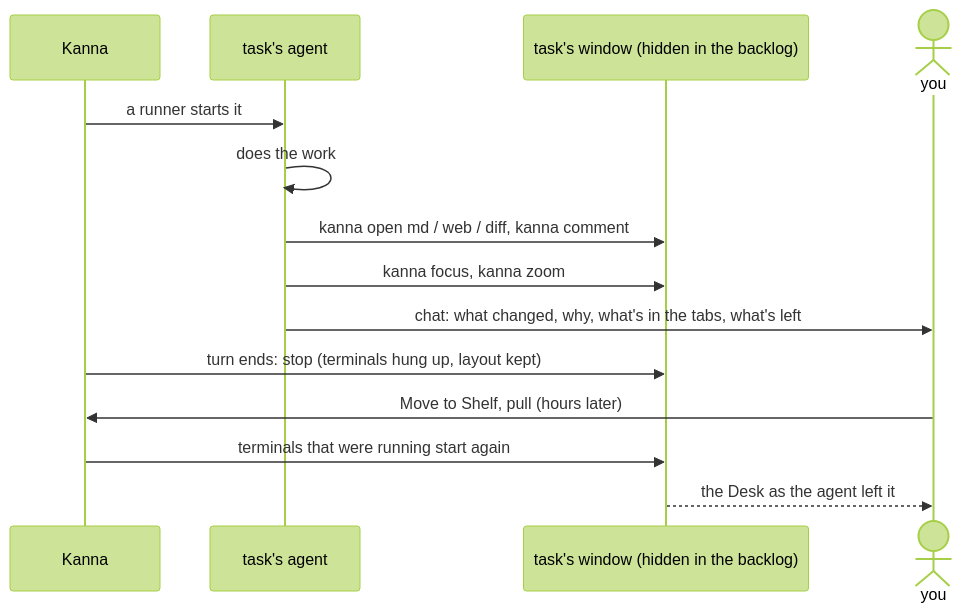
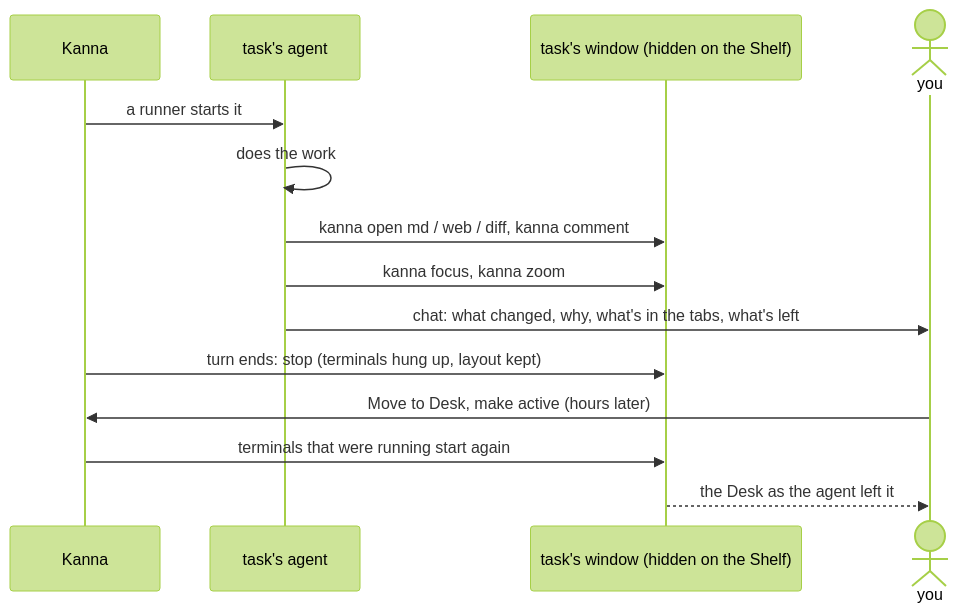
The diagram in docs/specs/presenting.md (tampopogk/kanna), drawn with Mermaid (forest theme) before and after one commit. The commit also changed other lines of this file and 51 other files, not shown here.

Commit message:
Specs: Desk and Shelf, the Desk view, pick, shelve, activate, park; backlog-runners → shelf-runners, backlog-search → shelf-search, shelve-latency → move-to-desk-latency

````diff
--- a/docs/specs/presenting.md
+++ b/docs/specs/presenting.md
@@ -18,16 +18,16 @@
 ```mermaid
 sequenceDiagram
     participant K as Kanna
     participant A as task's agent
-    participant W as task's window (hidden in the backlog)
+    participant W as task's window (hidden on the Shelf)
     actor U as you
     K->>A: a runner starts it
     A->>A: does the work
     A->>W: kanna open md / web / diff, kanna comment
     A->>W: kanna focus, kanna zoom
     A->>U: chat: what changed, why, what's in the tabs, what's left
     K->>W: turn ends: stop (terminals hung up, layout kept)
-    U->>K: Move to Shelf, pull (hours later)
+    U->>K: Move to Desk, make active (hours later)
     K->>W: terminals that were running start again
     W-->>U: the Desk as the agent left it
 ```
````
